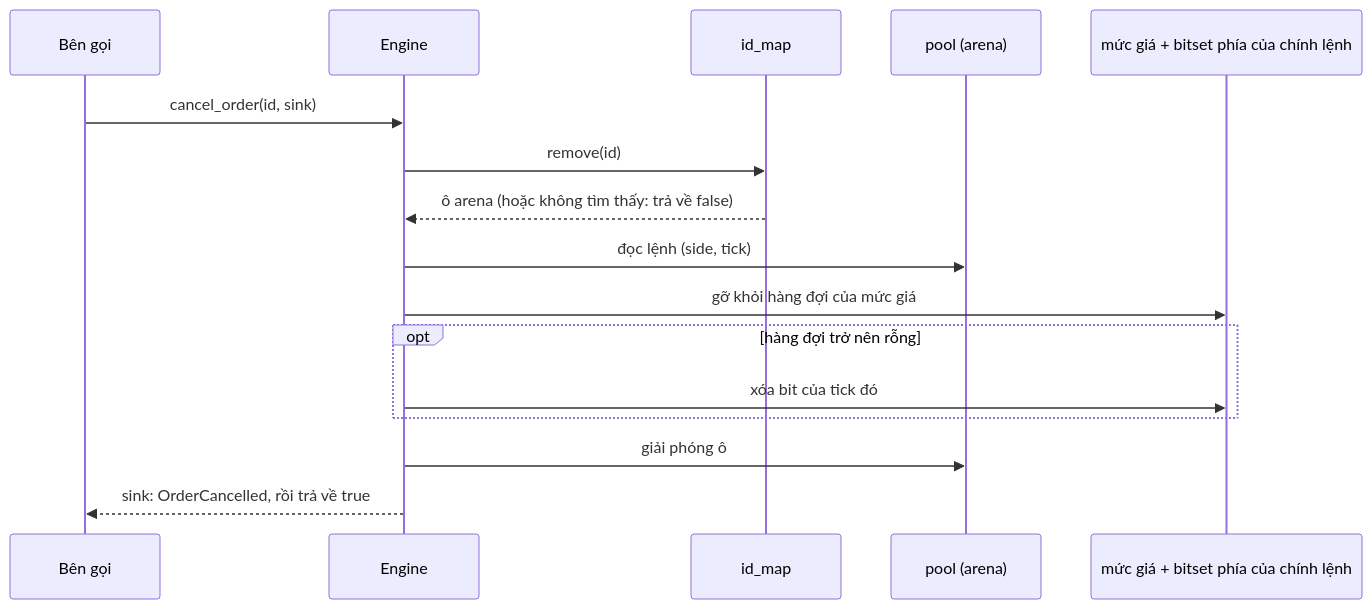
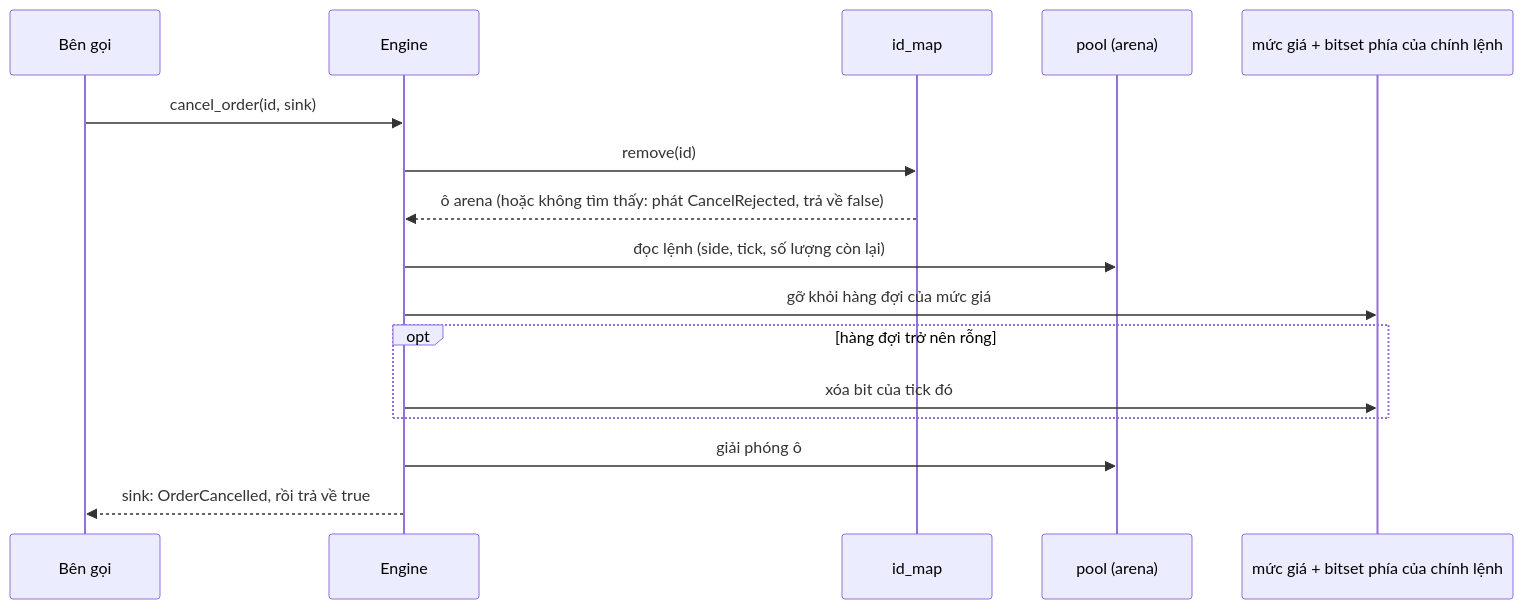
One commit to daohainam/rust-matching-engine changed the third of 3 diagrams in docs/vi/02-architecture.md. Above: the diagram before and after it, drawn with Mermaid. The commit also changed other lines of this file, not shown here.

Commit message:
docs(vi): mirror chapter 2's trade counter, RestingOrder and CancelRejected

````diff
--- a/docs/vi/02-architecture.md
+++ b/docs/vi/02-architecture.md
@@ -200,18 +202,18 @@
 ```mermaid
 sequenceDiagram
     participant C as Bên gọi
     participant E as Engine
     participant M as id_map
     participant P as pool (arena)
     participant L as mức giá + bitset phía của chính lệnh
     C->>E: cancel_order(id, sink)
     E->>M: remove(id)
-    M-->>E: ô arena (hoặc không tìm thấy: trả về false)
-    E->>P: đọc lệnh (side, tick)
+    M-->>E: ô arena (hoặc không tìm thấy: phát CancelRejected, trả về false)
+    E->>P: đọc lệnh (side, tick, số lượng còn lại)
     E->>L: gỡ khỏi hàng đợi của mức giá
     opt hàng đợi trở nên rỗng
         E->>L: xóa bit của tick đó
     end
     E->>P: giải phóng ô
     E-->>C: sink: OrderCancelled, rồi trả về true
 ```
````
